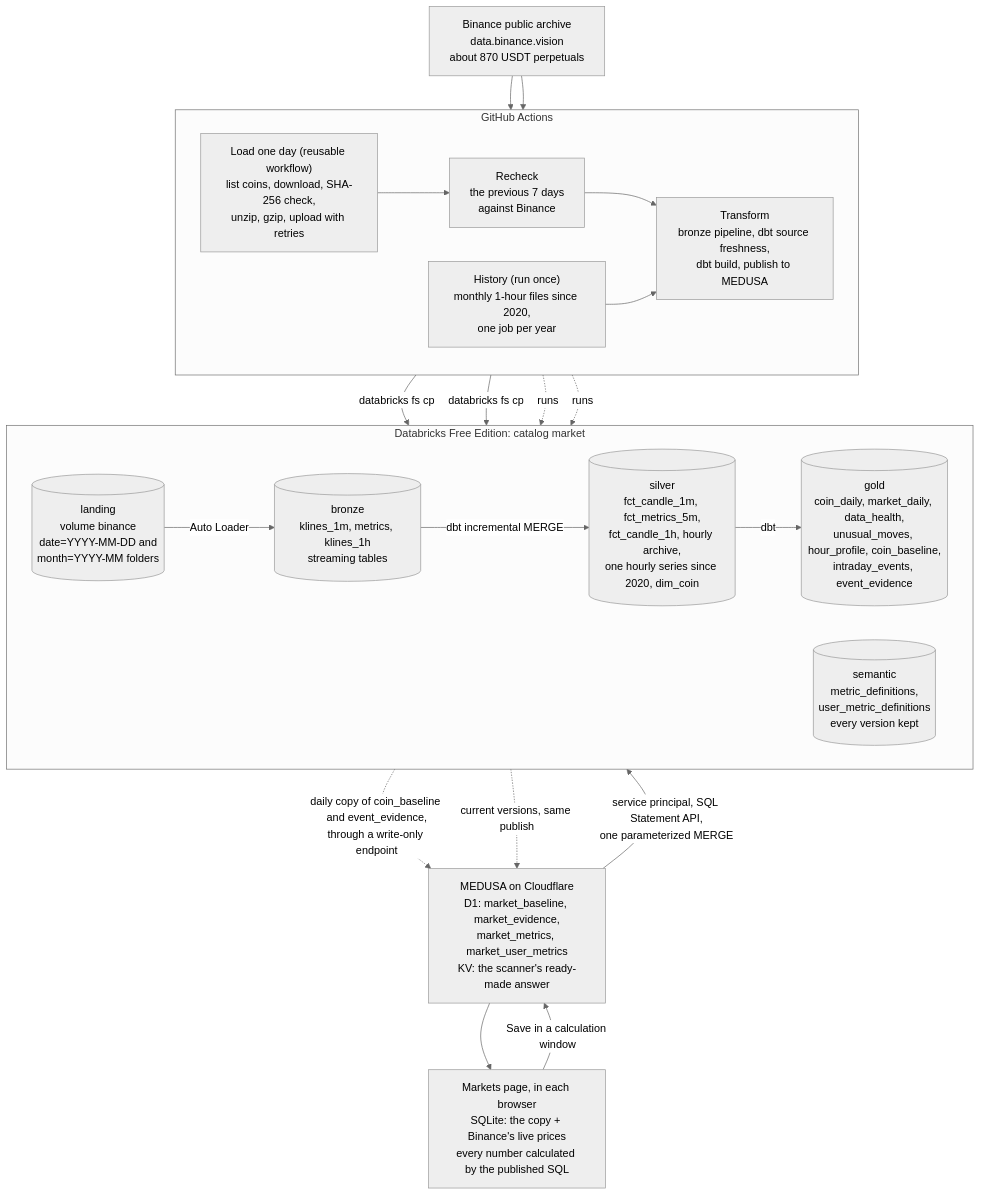
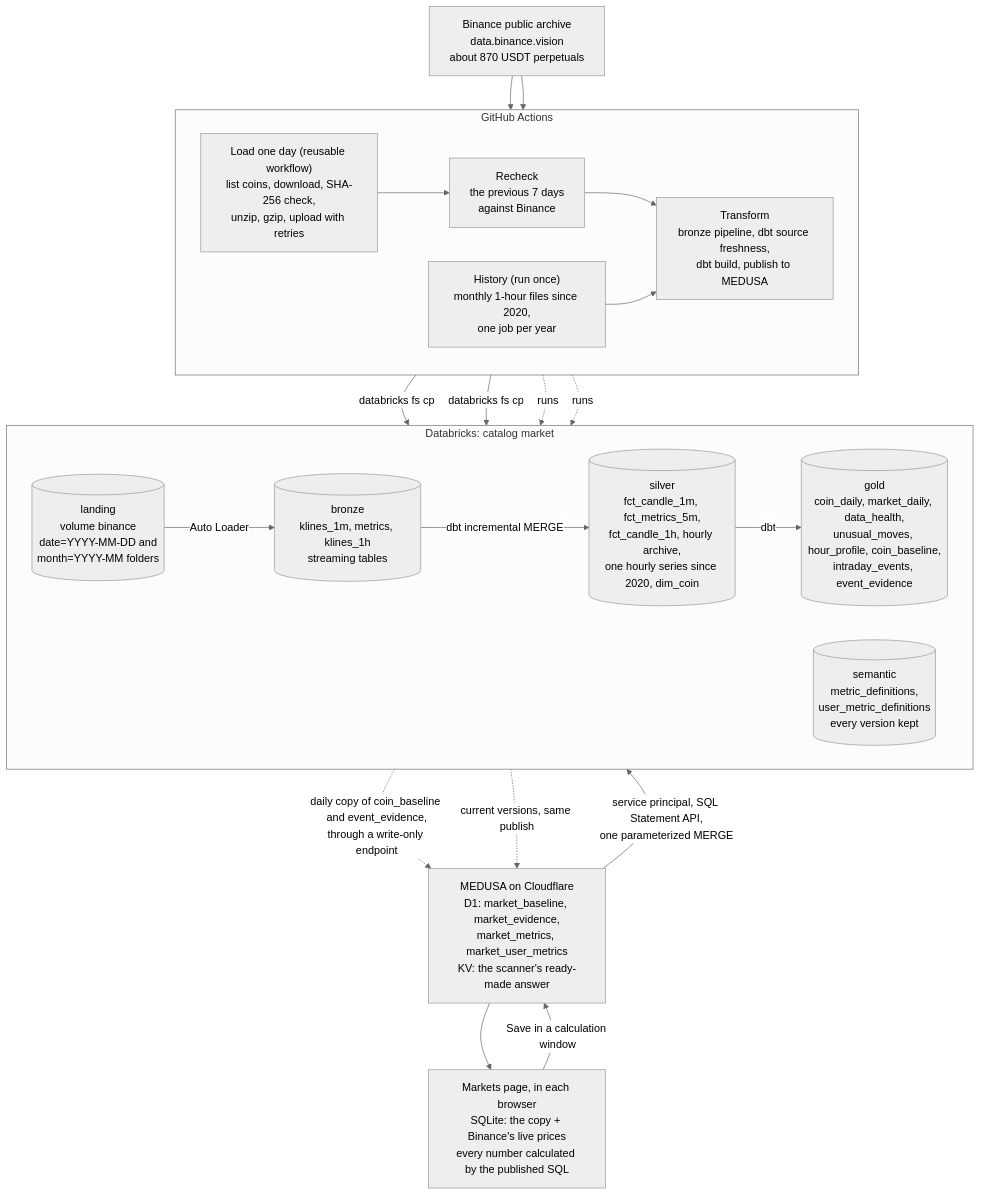
One commit to shivam65-sketch/medusa changed the diagram in docs/diagrams/lakehouse-flow.mmd. Above: the diagram before and after it, drawn with Mermaid. The commit also changed 1 other file, not shown here.

Commit message:
Docs: lakehouse flow diagram with the semantic layer and the save path

```diff
--- a/docs/diagrams/lakehouse-flow.mmd
+++ b/docs/diagrams/lakehouse-flow.mmd
@@ -1,34 +1,34 @@
 %%{init: {"theme": "neutral"}}%%
 flowchart TB
   BIN["Binance public archive<br>data.binance.vision<br>about 870 USDT perpetuals"]
   subgraph GH["GitHub Actions"]
     direction LR
     LD["Load one day (reusable workflow)<br>list coins, download, SHA-256 check,<br>unzip, gzip, upload with retries"]
     HI["History (run once)<br>monthly 1-hour files since 2020,<br>one job per year"]
     RC["Recheck<br>the previous 7 days<br>against Binance"]
     TR["Transform<br>bronze pipeline, dbt source freshness,<br>dbt build, publish to MEDUSA"]
     LD --> RC --> TR
     HI --> TR
   end
-  subgraph DBX["Databricks Free Edition: catalog market"]
+  subgraph DBX["Databricks: catalog market"]
     direction LR
     L[("landing<br>volume binance<br>date=YYYY-MM-DD and<br>month=YYYY-MM folders")]
     BR[("bronze<br>klines_1m, metrics, klines_1h<br>streaming tables")]
     SI[("silver<br>fct_candle_1m, fct_metrics_5m,<br>fct_candle_1h, hourly archive,<br>one hourly series since 2020, dim_coin")]
     GO[("gold<br>coin_daily, market_daily, data_health,<br>unusual_moves, hour_profile, coin_baseline,<br>intraday_events, event_evidence")]
     SE[("semantic<br>metric_definitions,<br>user_metric_definitions<br>every version kept")]
     L -->|"Auto Loader"| BR
     BR -->|"dbt incremental MERGE"| SI
     SI -->|"dbt"| GO
   end
   BIN --> LD
   BIN --> HI
   LD -->|"databricks fs cp"| L
   HI -->|"databricks fs cp"| L
   TR -.->|"runs"| BR
   TR -.->|"runs"| SI
   GO -.->|"daily copy of coin_baseline and event_evidence,<br>through a write-only endpoint"| WEB["MEDUSA on Cloudflare<br>D1: market_baseline, market_evidence,<br>market_metrics, market_user_metrics<br>KV: the scanner's ready-made answer"]
   SE -.->|"current versions, same publish"| WEB
   WEB --> PG["Markets page, in each browser<br>SQLite: the copy + Binance's live prices<br>every number calculated by the published SQL"]
   PG -->|"Save in a calculation window"| WEB
   WEB -->|"service principal, SQL Statement API,<br>one parameterized MERGE"| SE
```
